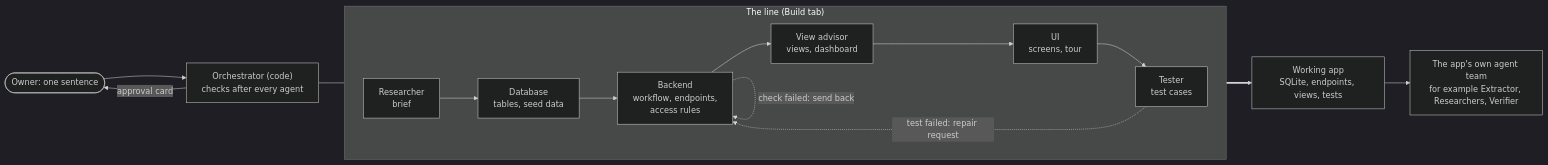
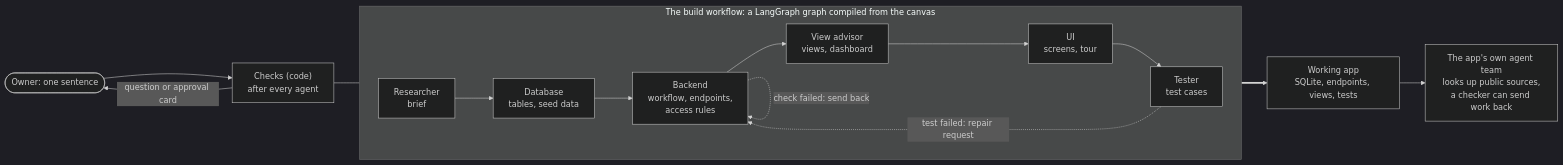
One commit to ismaeel-ch/Turnkey changed the diagram in README.md. Above: the diagram before and after it, drawn with Mermaid (dark theme). The commit also changed other lines of this file and 19 other files, not shown here.

````diff
--- a/README.md
+++ b/README.md
@@ -19,14 +47,14 @@
 ```mermaid
 flowchart LR
-  you(["Owner: one sentence"]) --> O
-  subgraph line["The line (Build tab)"]
+  you(["Owner: one sentence"]) --> G
+  subgraph line["The build workflow: a LangGraph graph compiled from the canvas"]
     direction LR
     R["Researcher<br/>brief"] --> D["Database<br/>tables, seed data"] --> B["Backend<br/>workflow, endpoints,<br/>access rules"] --> V["View advisor<br/>views, dashboard"] --> U["UI<br/>screens, tour"] --> T["Tester<br/>test cases"]
   end
-  O["Orchestrator (code)<br/>checks after every agent"] --- line
+  G["Checks (code)<br/>after every agent"] --- line
   B -.->|"check failed: send back"| B
   T -.->|"test failed: repair request"| B
-  O -->|"approval card"| you
+  G -->|"question or approval card"| you
   line ==> app["Working app<br/>SQLite, endpoints, views, tests"]
-  app --> team["The app's own agent team<br/>for example Extractor, Researchers, Verifier"]
+  app --> team["The app's own agent team<br/>looks up public sources,<br/>a checker can send work back"]
 ```
````
